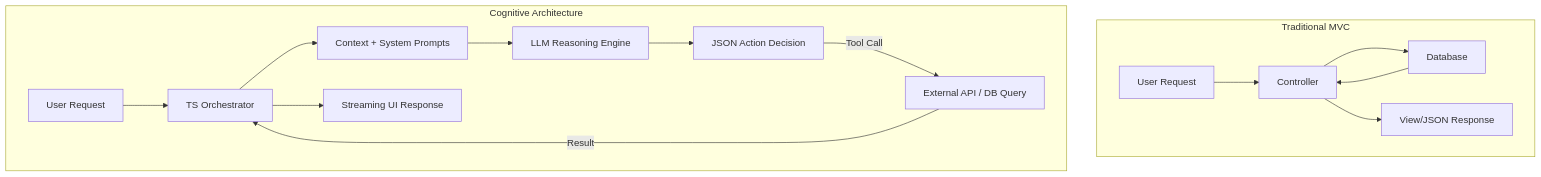
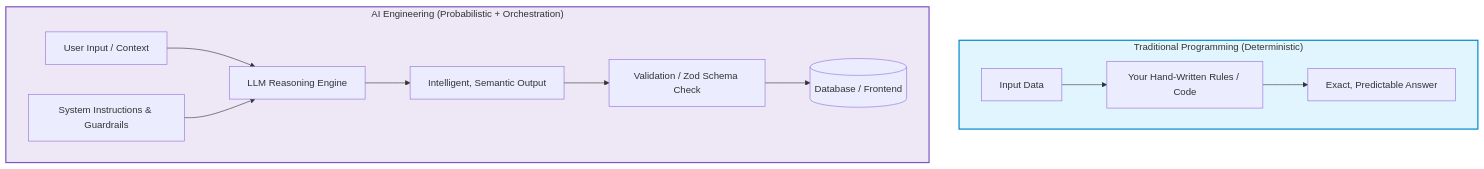
The first of 3 diagrams in AI-tut/01_Introduction.md (Nishant8826/theory-leaning), drawn with Mermaid before and after one commit. The commit also changed other lines of this file and 34 other files, not shown here.

````diff
--- a/AI-tut/01_Introduction.md
+++ b/AI-tut/01_Introduction.md
@@ -72,21 +18,18 @@
 ```mermaid
-graph TD
-    %% MVC Style
-    subgraph Traditional MVC
-        User[User Request] --> Controller[Controller]
-        Controller --> Database[Database]
-        Database --> Controller
-        Controller --> View[View/JSON Response]
+flowchart TD
+    subgraph Traditional_Programming["Traditional Programming (Deterministic)"]
+        D1[Input Data] --> C1[Your Hand-Written Rules / Code]
+        C1 --> A1[Exact, Predictable Answer]
     end
 
-    %% Cognitive/Agentic Style
-    subgraph Cognitive Architecture
-        UserRequest[User Request] --> Orchestrator[TS Orchestrator]
-        Orchestrator --> Prompt[Context + System Prompts]
-        Prompt --> LLM[LLM Reasoning Engine]
-        LLM --> Decision[JSON Action Decision]
-        Decision -->|Tool Call| Tool[External API / DB Query]
-        Tool -->|Result| Orchestrator
-        Orchestrator --> Output[Streaming UI Response]
+    subgraph AI_Engineering["AI Engineering (Probabilistic + Orchestration)"]
+        D2[User Input / Context] --> LLM[LLM Reasoning Engine]
+        Rules[System Instructions & Guardrails] --> LLM
+        LLM --> A2[Intelligent, Semantic Output]
+        A2 --> Validate[Validation / Zod Schema Check]
+        Validate --> DB[(Database / Frontend)]
     end
+
+    style Traditional_Programming fill:#e1f5fe,stroke:#0288d1,stroke-width:2px
+    style AI_Engineering fill:#ede7f6,stroke:#7e57c2,stroke-width:2px
 ```
````
